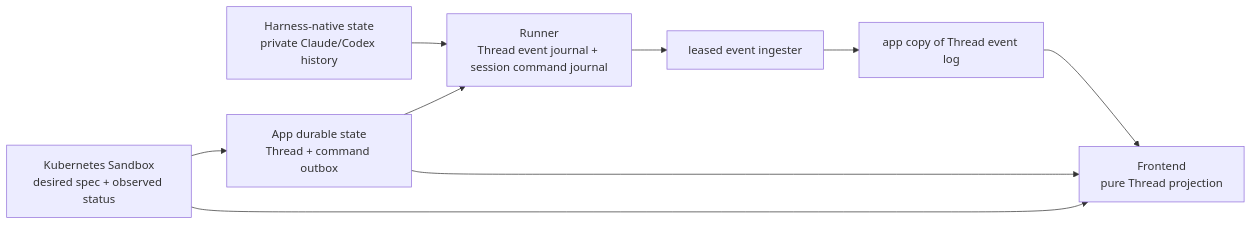
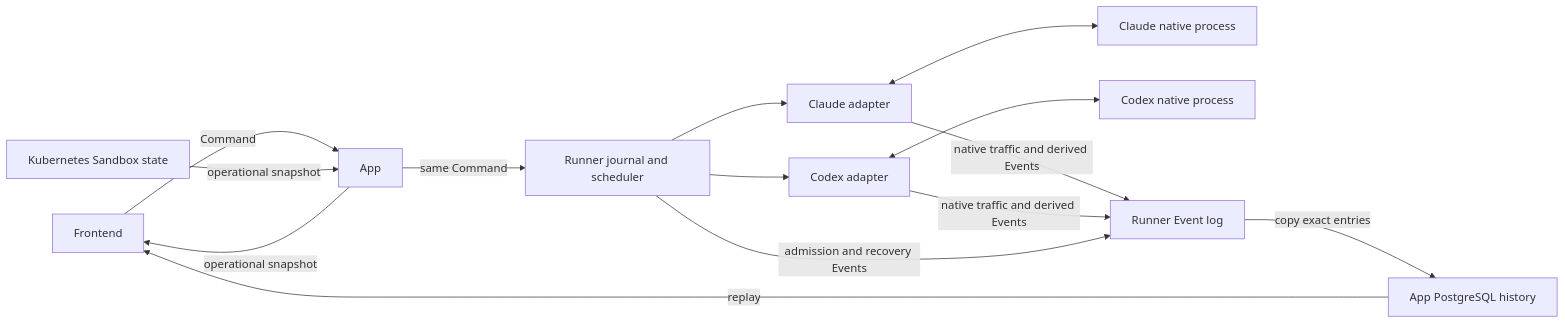
The first of 6 diagrams in x/agentplane/docs/thread_layering.md (agentydragon/ducktape), drawn with Mermaid before and after one commit. The commit also changed other lines of this file and 6 other files, not shown here.

````diff
--- a/x/agentplane/docs/thread_layering.md
+++ b/x/agentplane/docs/thread_layering.md
@@ -16,11 +32,16 @@
 ```mermaid
 flowchart LR
-    H[Harness-native state<br/>private Claude/Codex history] --> R[Runner<br/>Thread event journal + session command journal]
-    A[App durable state<br/>Thread + command outbox] --> R
-    R --> I[leased event ingester]
-    I --> E[app copy of Thread event log]
-    K[Kubernetes Sandbox<br/>desired spec + observed status] --> A
-    A --> F[Frontend<br/>pure Thread projection]
-    E --> F
-    K --> F
+    F[Frontend] -->|Command| A[App]
+    A -->|same Command| R[Runner journal and scheduler]
+    R --> C[Claude adapter]
+    R --> D[Codex adapter]
+    C <--> H1[Claude native process]
+    D <--> H2[Codex native process]
+    C -->|native traffic and derived Events| E[Runner Event log]
+    D -->|native traffic and derived Events| E
+    R -->|admission and recovery Events| E
+    E -->|copy exact entries| P[App PostgreSQL history]
+    P -->|replay| F
+    K[Kubernetes Sandbox state] -->|operational snapshot| A
+    A -->|operational snapshot| F
 ```
````
